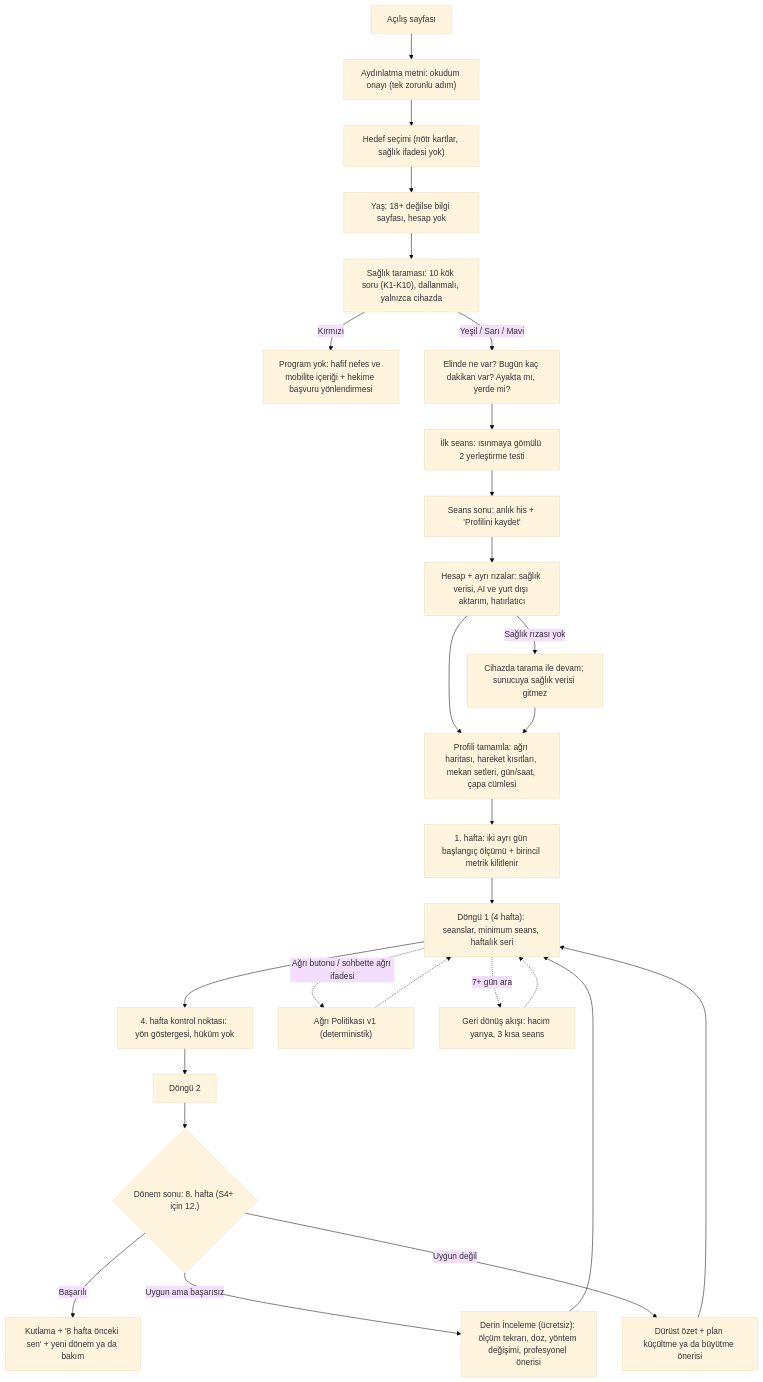
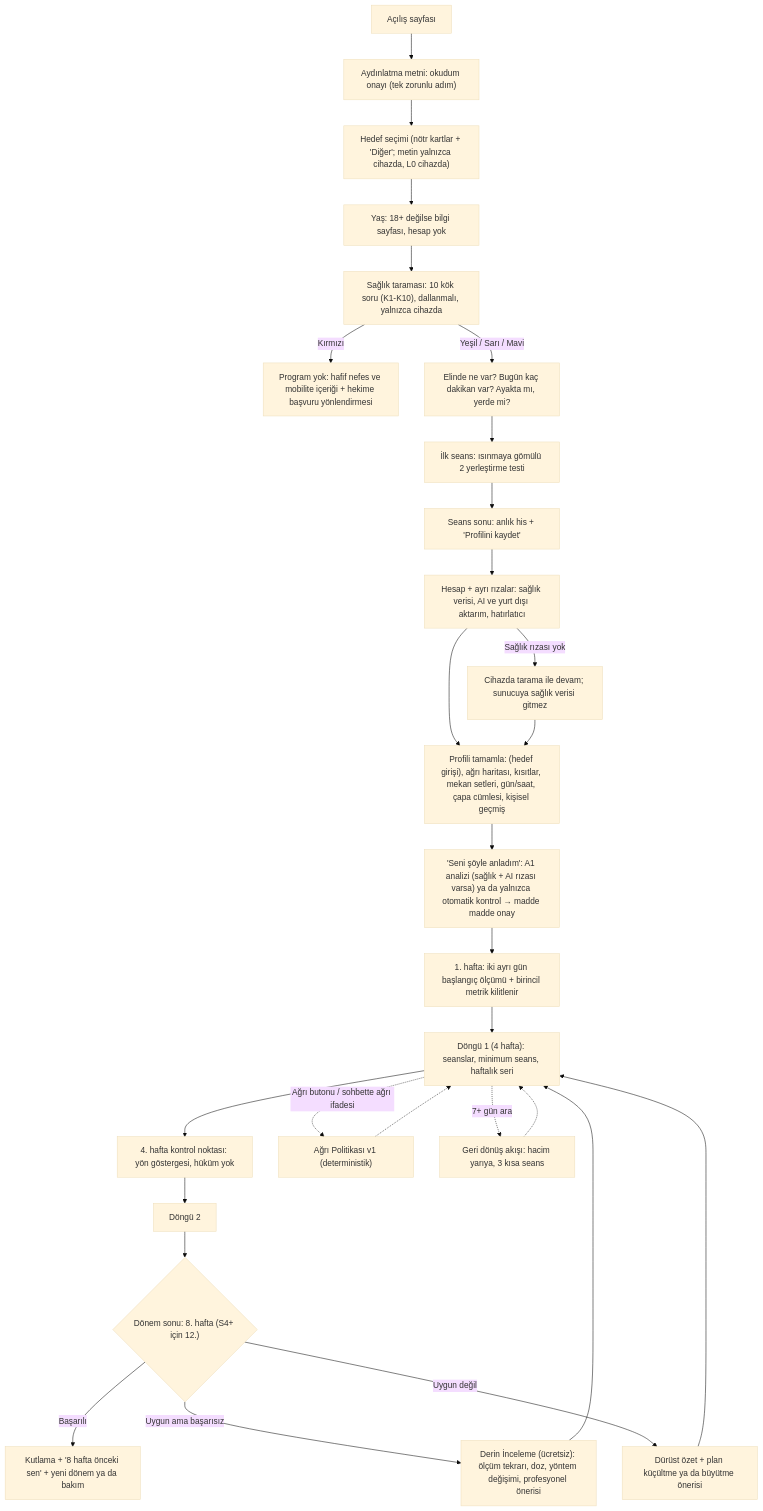
One commit to erdoganemrullah22-byte/Kazanesneklik changed the diagram in docs/PLAN.md. Above: the diagram before and after it, drawn with Mermaid (base theme). The commit also changed other lines of this file, not shown here.

````diff
--- a/docs/PLAN.md
+++ b/docs/PLAN.md
@@ -120,29 +126,30 @@
 ```mermaid
 flowchart TD
   A["Açılış sayfası"] --> B["Aydınlatma metni: okudum onayı (tek zorunlu adım)"]
-  B --> C["Hedef seçimi (nötr kartlar, sağlık ifadesi yok)"]
+  B --> C["Hedef seçimi (nötr kartlar + 'Diğer'; metin yalnızca cihazda, L0 cihazda)"]
   C --> D["Yaş: 18+ değilse bilgi sayfası, hesap yok"]
   D --> E["Sağlık taraması: 10 kök soru (K1-K10), dallanmalı, yalnızca cihazda"]
   E -->|"Kırmızı"| R1["Program yok: hafif nefes ve mobilite içeriği + hekime başvuru yönlendirmesi"]
   E -->|"Yeşil / Sarı / Mavi"| F["Elinde ne var? Bugün kaç dakikan var? Ayakta mı, yerde mi?"]
   F --> G["İlk seans: ısınmaya gömülü 2 yerleştirme testi"]
   G --> H["Seans sonu: anlık his + 'Profilini kaydet'"]
   H --> I["Hesap + ayrı rızalar: sağlık verisi, AI ve yurt dışı aktarım, hatırlatıcı"]
   I -->|"Sağlık rızası yok"| I2["Cihazda tarama ile devam; sunucuya sağlık verisi gitmez"]
-  I --> J["Profili tamamla: ağrı haritası, hareket kısıtları, mekan setleri, gün/saat, çapa cümlesi"]
+  I --> J["Profili tamamla: (hedef girişi), ağrı haritası, kısıtlar, mekan setleri, gün/saat, çapa cümlesi, kişisel geçmiş"]
   I2 --> J
-  J --> K["1. hafta: iki ayrı gün başlangıç ölçümü + birincil metrik kilitlenir"]
+  J --> J2["'Seni şöyle anladım': A1 analizi (sağlık + AI rızası varsa) ya da yalnızca otomatik kontrol → madde madde onay"]
+  J2 --> K["1. hafta: iki ayrı gün başlangıç ölçümü + birincil metrik kilitlenir"]
   K --> L["Döngü 1 (4 hafta): seanslar, minimum seans, haftalık seri"]
   L --> M["4. hafta kontrol noktası: yön göstergesi, hüküm yok"]
   M --> N["Döngü 2"]
   N --> O{"Dönem sonu: 8. hafta (S4+ için 12.)"}
   O -->|"Başarılı"| P["Kutlama + '8 hafta önceki sen' + yeni dönem ya da bakım"]
   O -->|"Uygun ama başarısız"| Q["Derin İnceleme (ücretsiz): ölçüm tekrarı, doz, yöntem değişimi, profesyonel önerisi"]
   O -->|"Uygun değil"| S["Dürüst özet + plan küçültme ya da büyütme önerisi"]
   Q --> L
   S --> L
   L -.->|"Ağrı butonu / sohbette ağrı ifadesi"| X["Ağrı Politikası v1 (deterministik)"]
   L -.->|"7+ gün ara"| Y["Geri dönüş akışı: hacim yarıya, 3 kısa seans"]
   X -.-> L
   Y -.-> L
 ```
````
